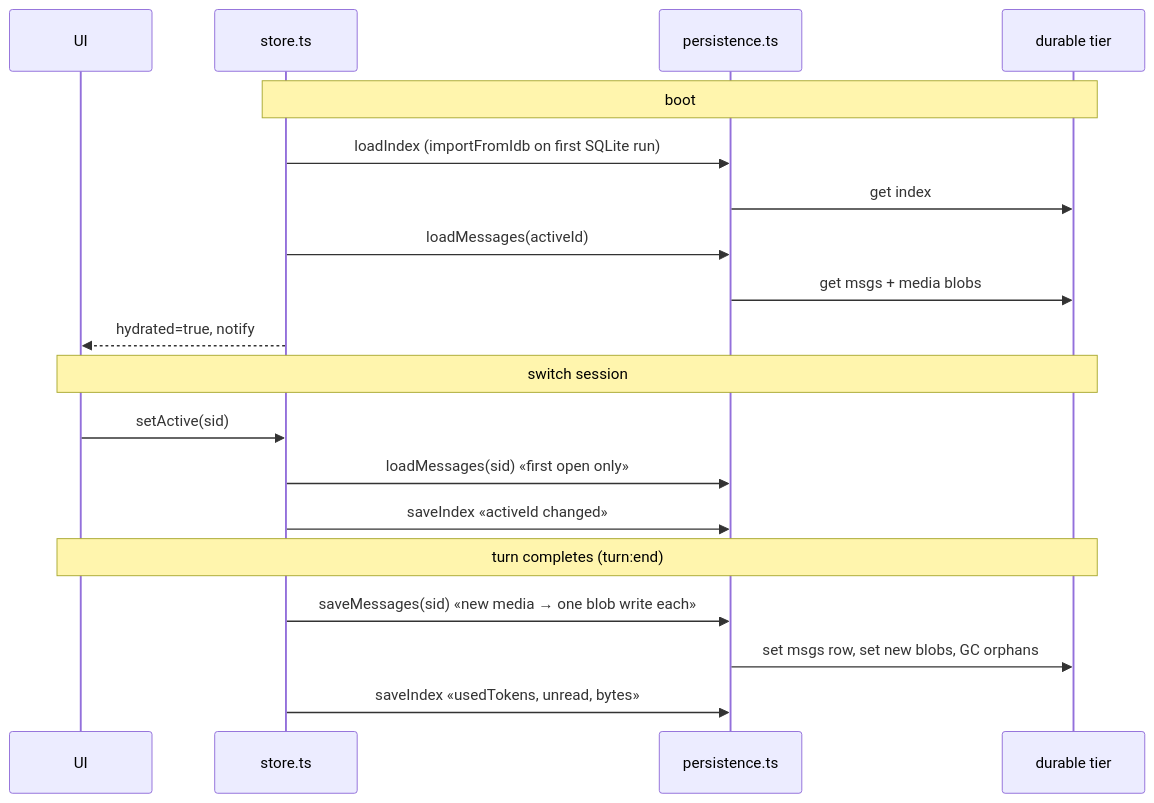
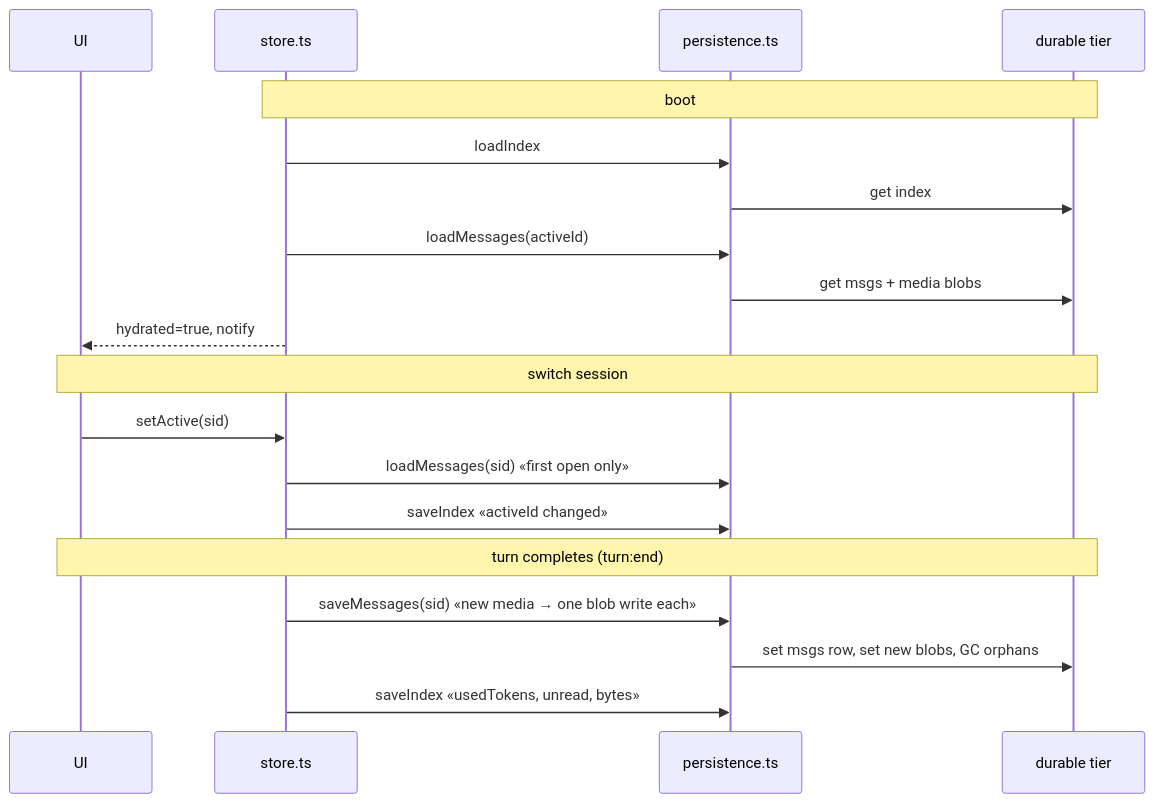
Before and after one commit to bilikaz/v84-harness: the second of 2 diagrams in docs/STORAGE.md, drawn with Mermaid. The commit also changed 1 other file, not shown here.

Commit message:
Drop cross-tier IDB import
Last transitional path gone: importFromIdb only served desktop installs
whose data predated SQLite, and those are converted. Hydration is now
just loadIndex -> ensureLoaded(active); fresh installs seed directly on
their detected tier (web keeps using IDB natively — that's a backend,
not an import).

````diff
--- a/docs/STORAGE.md
+++ b/docs/STORAGE.md
@@ -120,24 +120,24 @@
 ```mermaid
 sequenceDiagram
     participant UI
     participant Store as store.ts
     participant P as persistence.ts
     participant D as durable tier
 
     Note over Store,D: boot
-    Store->>P: loadIndex (importFromIdb on first SQLite run)
+    Store->>P: loadIndex
     P->>D: get index
     Store->>P: loadMessages(activeId)
     P->>D: get msgs + media blobs
     Store-->>UI: hydrated=true, notify
 
     Note over UI,D: switch session
     UI->>Store: setActive(sid)
     Store->>P: loadMessages(sid) «first open only»
     Store->>P: saveIndex «activeId changed»
 
     Note over UI,D: turn completes (turn:end)
     Store->>P: saveMessages(sid) «new media → one blob write each»
     P->>D: set msgs row, set new blobs, GC orphans
     Store->>P: saveIndex «usedTokens, unread, bytes»
 ```
````
